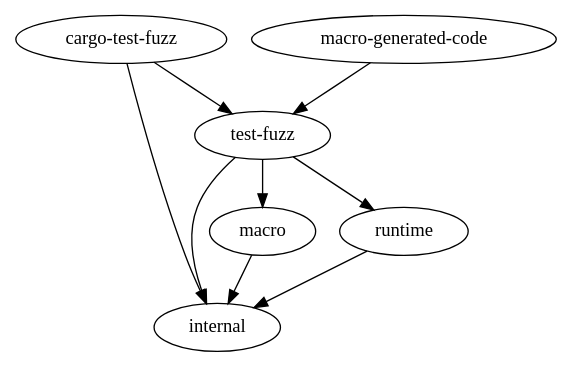
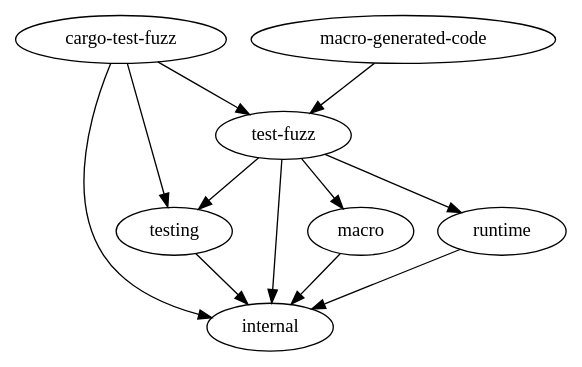
Before and after one commit to trailofbits/test-fuzz: the diagram in doc/crates.dot, drawn with Graphviz. The commit also changed 20 other files, not shown here.

```diff
--- a/doc/crates.dot
+++ b/doc/crates.dot
@@ -1,10 +1,13 @@
 digraph {
     "cargo-test-fuzz" -> "internal"
     "cargo-test-fuzz" -> "test-fuzz"
+    "cargo-test-fuzz" -> "testing"
     "macro" -> "internal"
     "macro-generated-code" -> "test-fuzz"
     "runtime" -> "internal"
     "test-fuzz" -> "internal"
+    "test-fuzz" -> "macro"
     "test-fuzz" -> "runtime"
-    "test-fuzz" -> "macro"
+    "test-fuzz" -> "testing"
+    "testing" -> "internal"
 }
```
